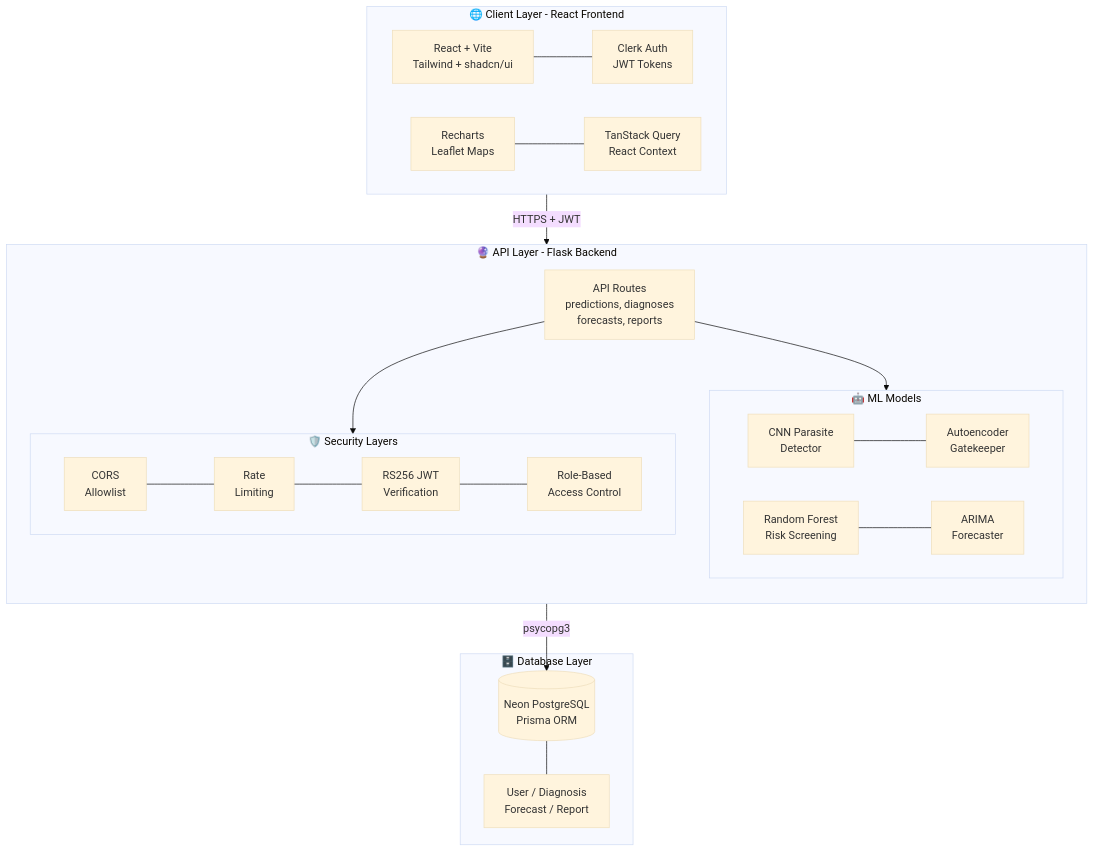
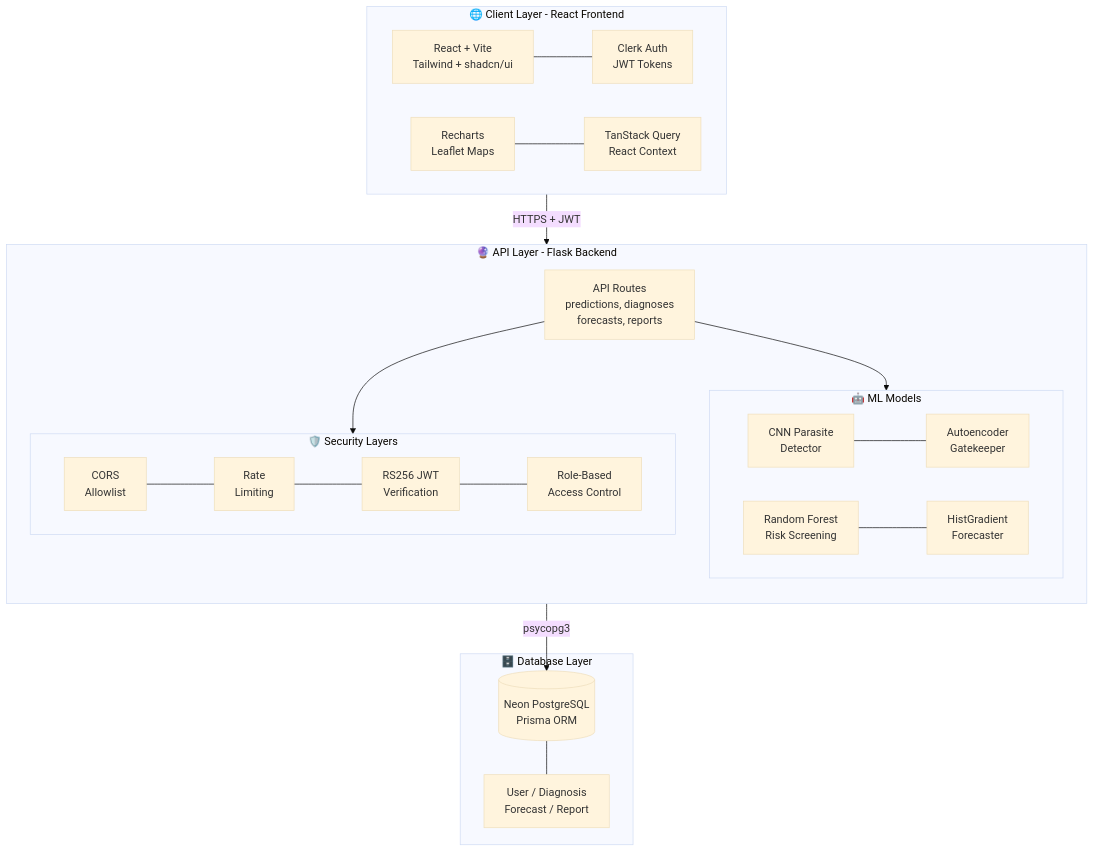
The first of 4 diagrams in README.md (HumayunK01/CodeRedProject), drawn with Mermaid (base theme) before and after one commit. The commit also changed other lines of this file and 2 other files, not shown here.

Commit message:
docs(readme): update forecasting model from ARIMA to Gradient Boosting and enhance description chore(tsconfig): remove baseUrl from tsconfig files

````diff
--- a/README.md
+++ b/README.md
@@ -113,36 +113,36 @@
 ```mermaid
 flowchart TB
     subgraph Client["🌐 Client Layer - React Frontend"]
         direction LR
         Web[React + Vite<br/>Tailwind + shadcn/ui] --- Auth[Clerk Auth<br/>JWT Tokens]
         UI[Recharts<br/>Leaflet Maps] --- State[TanStack Query<br/>React Context]
     end
 
     subgraph API["🔮 API Layer - Flask Backend"]
         direction TB
         
         subgraph ML["🤖 ML Models"]
             CNN[CNN Parasite<br/>Detector] --- AE[Autoencoder<br/>Gatekeeper]
-            RF[Random Forest<br/>Risk Screening] --- ARIMA[ARIMA<br/>Forecaster]
+            RF[Random Forest<br/>Risk Screening] --- GBM[HistGradient<br/>Forecaster]
         end
         
         subgraph Security["🛡️ Security Layers"]
             CORS[CORS<br/>Allowlist] --- RL[Rate<br/>Limiting]
             RL --- JWT[RS256 JWT<br/>Verification]
             JWT --- RBAC[Role-Based<br/>Access Control]
         end
         
         Routes[API Routes<br/>predictions, diagnoses<br/>forecasts, reports]
     end
 
     subgraph DB["🗄️ Database Layer"]
         PG[(Neon PostgreSQL<br/>Prisma ORM)]
         Tables[User / Diagnosis<br/>Forecast / Report]
     end
 
     Client -- HTTPS + JWT --> API
     Routes --> ML
     Routes --> Security
     API -- psycopg3 --> PG
     PG --- Tables
 ```
````
